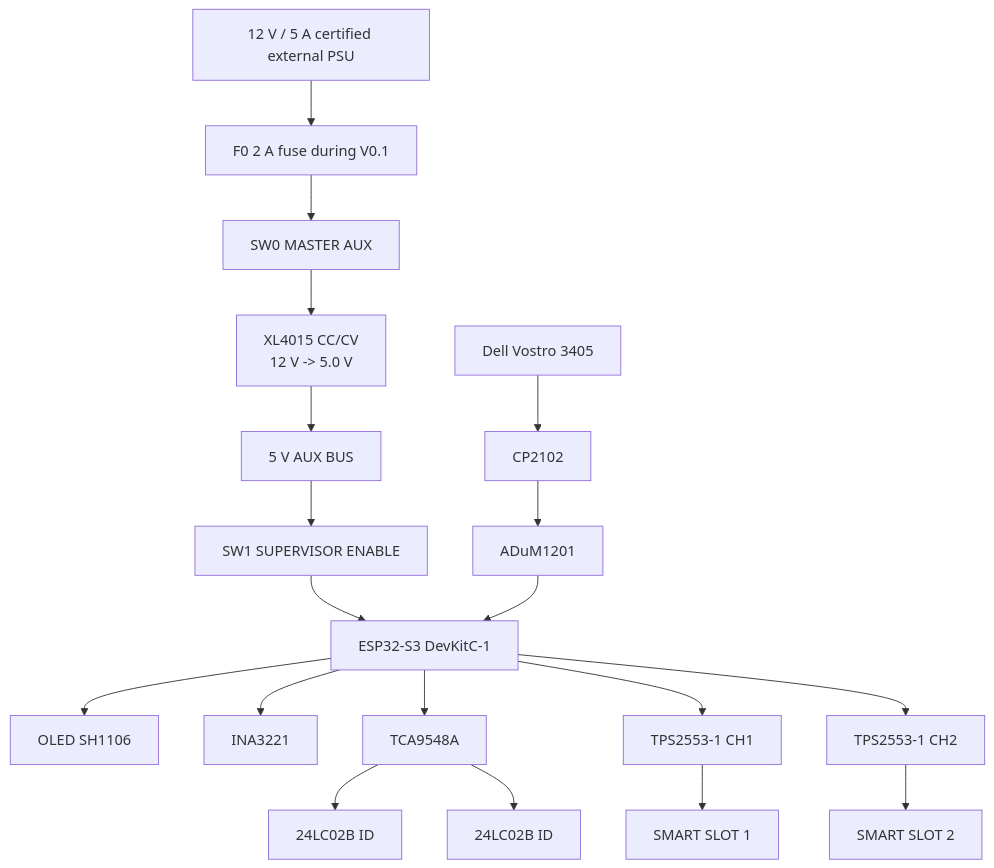
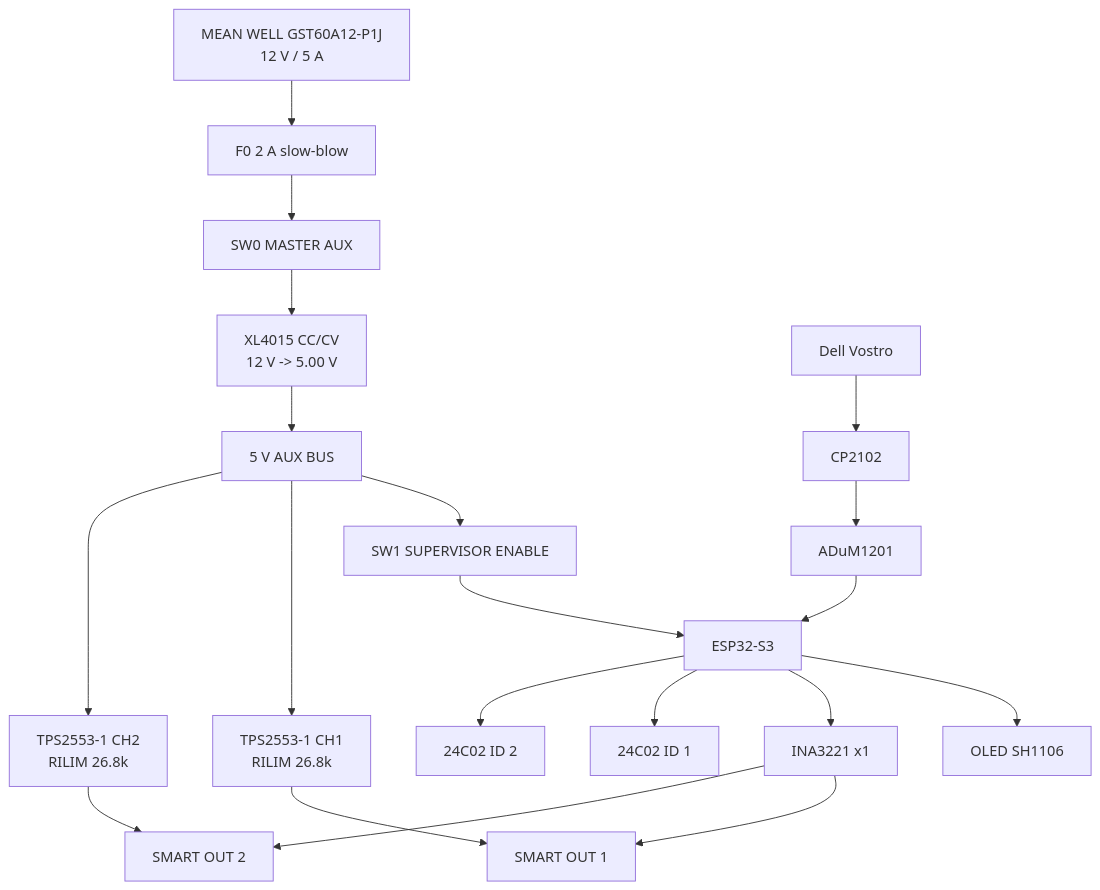
Before and after one commit to Jesus-Medina/Cyberdeck-R5-ESP32: the diagram in docs/15-v0.1-smart-power-supervisor.md, drawn with Mermaid. The commit also changed other lines of this file, not shown here.

````diff
--- a/docs/15-v0.1-smart-power-supervisor.md
+++ b/docs/15-v0.1-smart-power-supervisor.md
@@ -25,41 +26,41 @@
-```mermaid
+~~~mermaid
 flowchart TB
-    PSU["12 V / 5 A certified external PSU"]
-    F0["F0 2 A fuse during V0.1"]
+    PSU["MEAN WELL GST60A12-P1J\n12 V / 5 A"]
+    F0["F0 2 A slow-blow"]
     SW0["SW0 MASTER AUX"]
-    BUCK["XL4015 CC/CV\n12 V -> 5.0 V"]
+    BUCK["XL4015 CC/CV\n12 V -> 5.00 V"]
     BUS["5 V AUX BUS"]
 
     SW1["SW1 SUPERVISOR ENABLE"]
-    ESP["ESP32-S3 DevKitC-1"]
+    ESP["ESP32-S3"]
     OLED["OLED SH1106"]
-    INA["INA3221"]
-    MUX["TCA9548A"]
+    INA["INA3221 x1"]
 
-    CH1["TPS2553-1 CH1"]
-    CH2["TPS2553-1 CH2"]
-    SLOT1["SMART SLOT 1"]
-    SLOT2["SMART SLOT 2"]
+    CH1["TPS2553-1 CH1\nRILIM 26.8k"]
+    CH2["TPS2553-1 CH2\nRILIM 26.8k"]
+    SLOT1["SMART OUT 1"]
+    SLOT2["SMART OUT 2"]
 
-    ID1["24LC02B ID"]
-    ID2["24LC02B ID"]
+    ID1["24C02 ID 1"]
+    ID2["24C02 ID 2"]
 
-    HOST["Dell Vostro 3405"]
+    HOST["Dell Vostro"]
     UART["CP2102"]
     ISO["ADuM1201"]
 
     PSU --> F0 --> SW0 --> BUCK --> BUS
     BUS --> SW1 --> ESP
-
     ESP --> OLED
     ESP --> INA
-    ESP --> MUX
 
-    ESP --> CH1 --> SLOT1
-    ESP --> CH2 --> SLOT2
+    BUS --> CH1 --> SLOT1
+    BUS --> CH2 --> SLOT2
 
-    MUX --> ID1
-    MUX --> ID2
+    INA --> SLOT1
+    INA --> SLOT2
+
+    ESP --> ID1
+    ESP --> ID2
 
     HOST --> UART --> ISO --> ESP
-```
+~~~
````
